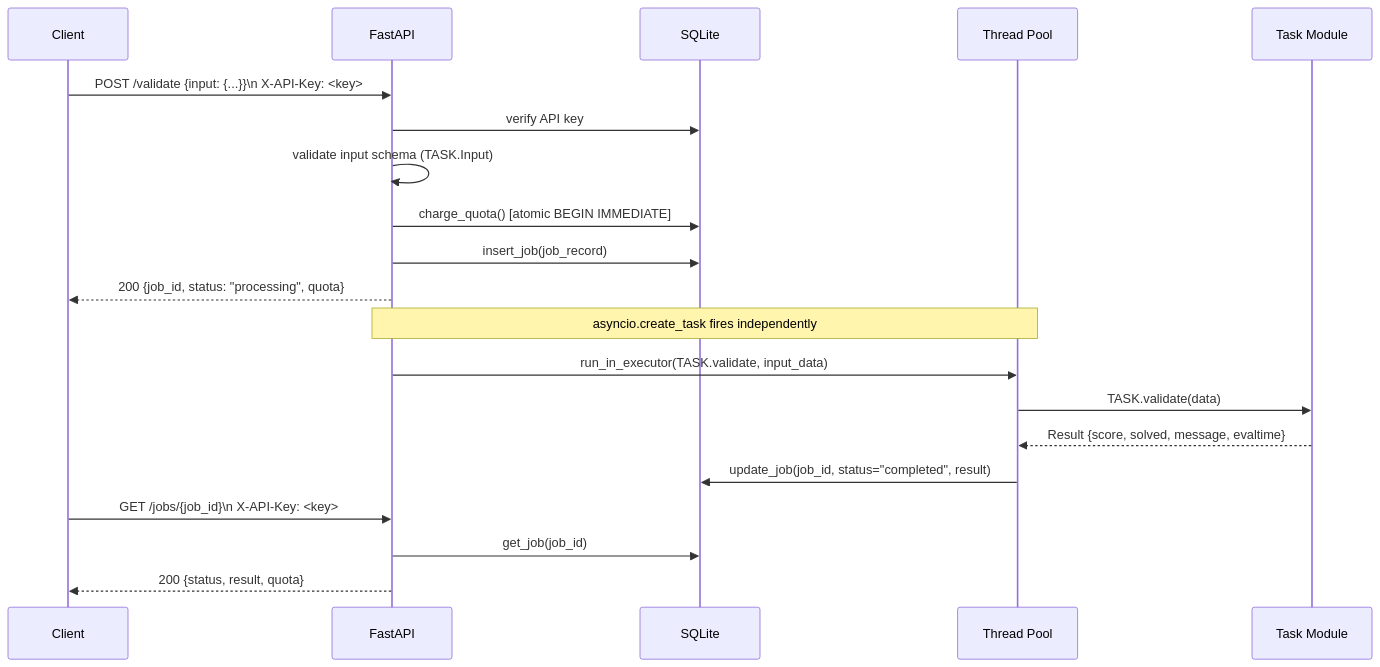
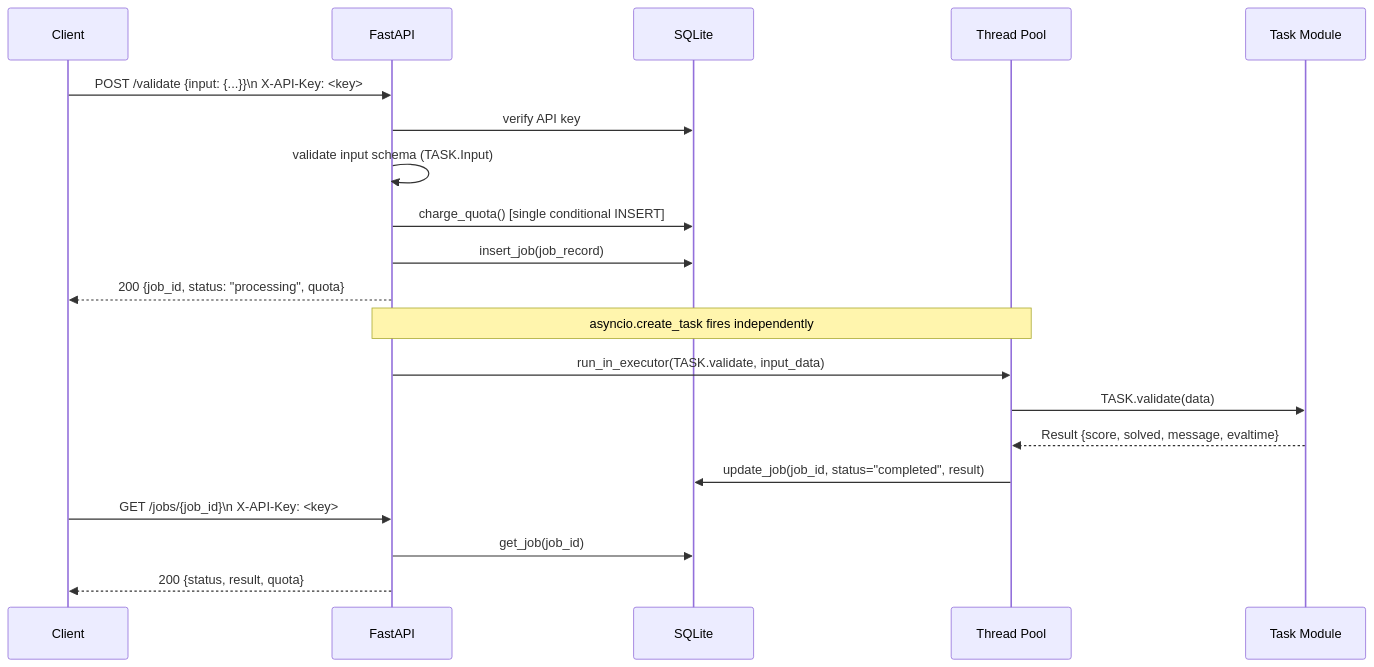
The second of 3 diagrams in docs/architecture/data-flow.md (slaclab/slacathon26), drawn with Mermaid before and after one commit. The commit also changed other lines of this file and 24 other files, not shown here.

````diff
--- a/docs/architecture/data-flow.md
+++ b/docs/architecture/data-flow.md
@@ -32,25 +32,25 @@
 ```mermaid
 sequenceDiagram
     participant C as Client
     participant A as FastAPI
     participant DB as SQLite
     participant TP as Thread Pool
     participant T as Task Module
 
     C->>A: POST /validate {input: {...}}\n X-API-Key: <key>
     A->>DB: verify API key
     A->>A: validate input schema (TASK.Input)
-    A->>DB: charge_quota() [atomic BEGIN IMMEDIATE]
+    A->>DB: charge_quota() [single conditional INSERT]
     A->>DB: insert_job(job_record)
     A-->>C: 200 {job_id, status: "processing", quota}
 
     Note over A,TP: asyncio.create_task fires independently
     A->>TP: run_in_executor(TASK.validate, input_data)
     TP->>T: TASK.validate(data)
     T-->>TP: Result {score, solved, message, evaltime}
     TP->>DB: update_job(job_id, status="completed", result)
 
     C->>A: GET /jobs/{job_id}\n X-API-Key: <key>
     A->>DB: get_job(job_id)
     A-->>C: 200 {status, result, quota}
 ```
````
